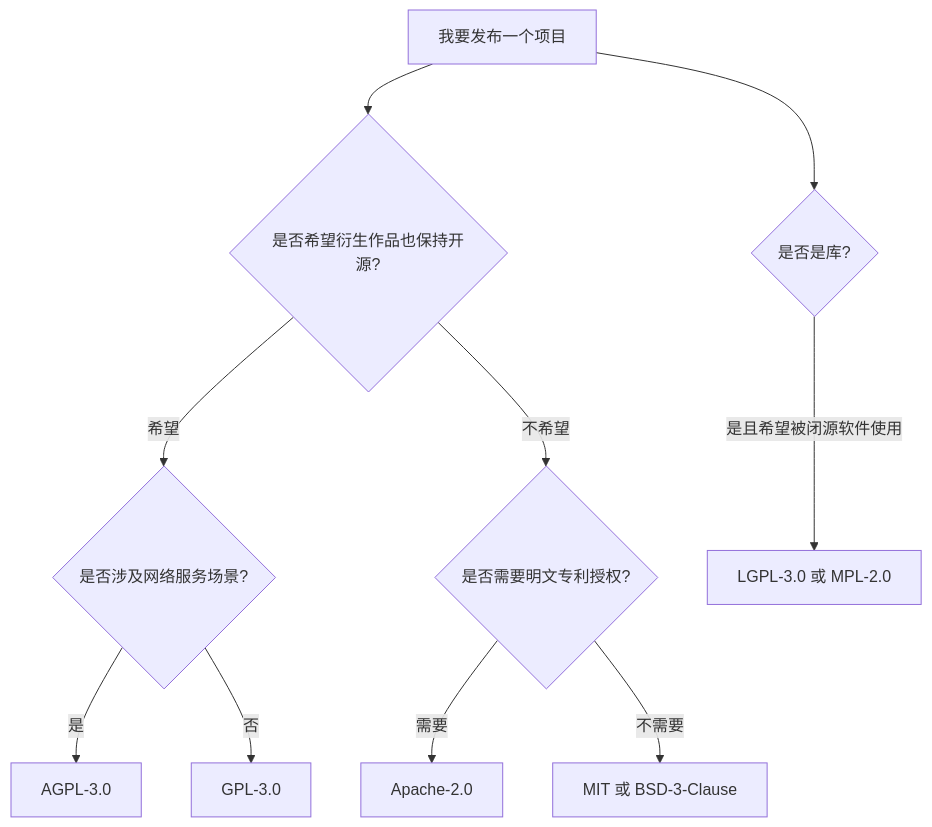
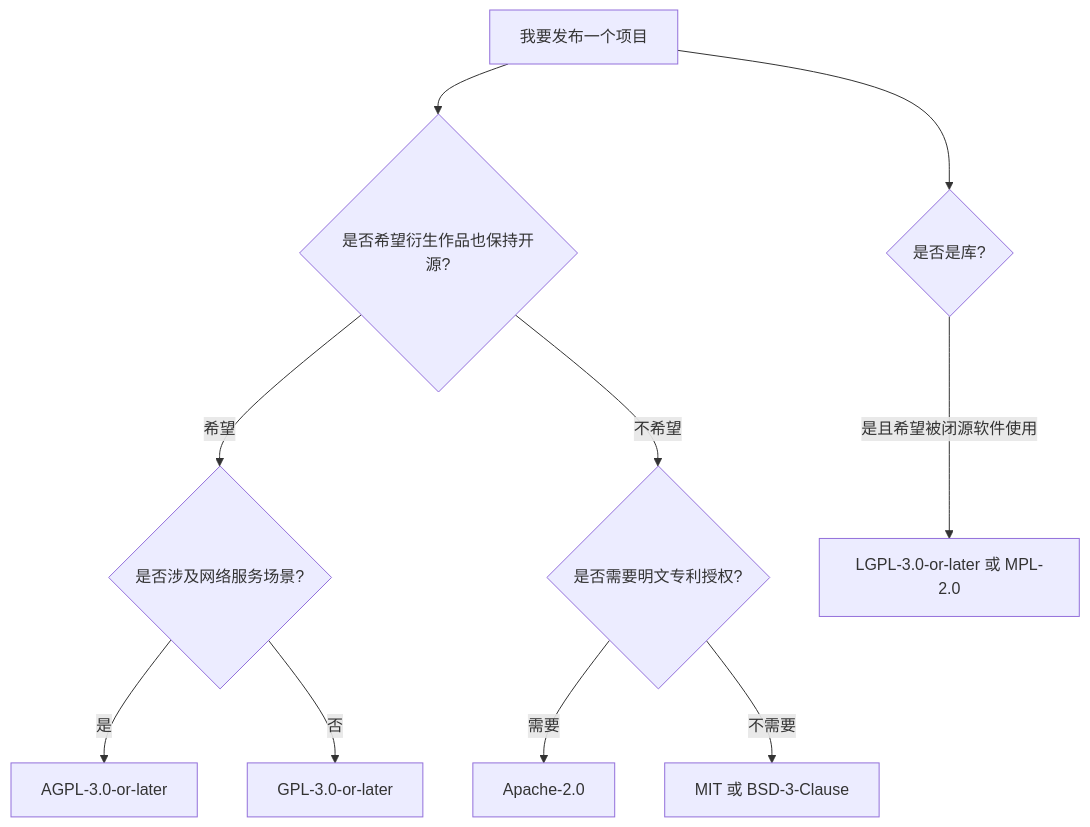
Before and after one commit to hust-open-atom-club/intro2oss: the second of 2 diagrams in docs/ch2/sec1/2-open_source_licenses.md, drawn with Mermaid. The commit also changed other lines of this file, not shown here.

````diff
--- a/docs/ch2/sec1/2-open_source_licenses.md
+++ b/docs/ch2/sec1/2-open_source_licenses.md
@@ -212,12 +212,12 @@
 ```mermaid
 graph TD
     A[我要发布一个项目] --> B{是否希望衍生作品也保持开源?}
     B -->|希望| C{是否涉及网络服务场景?}
-    C -->|是| D[AGPL-3.0]
-    C -->|否| E[GPL-3.0]
+    C -->|是| D[AGPL-3.0-or-later]
+    C -->|否| E[GPL-3.0-or-later]
     B -->|不希望| F{是否需要明文专利授权?}
     F -->|需要| G[Apache-2.0]
     F -->|不需要| H[MIT 或 BSD-3-Clause]
     A --> I{是否是库?}
-    I -->|是且希望被闭源软件使用| J[LGPL-3.0 或 MPL-2.0]
+    I -->|是且希望被闭源软件使用| J[LGPL-3.0-or-later 或 MPL-2.0]
 ```
````
